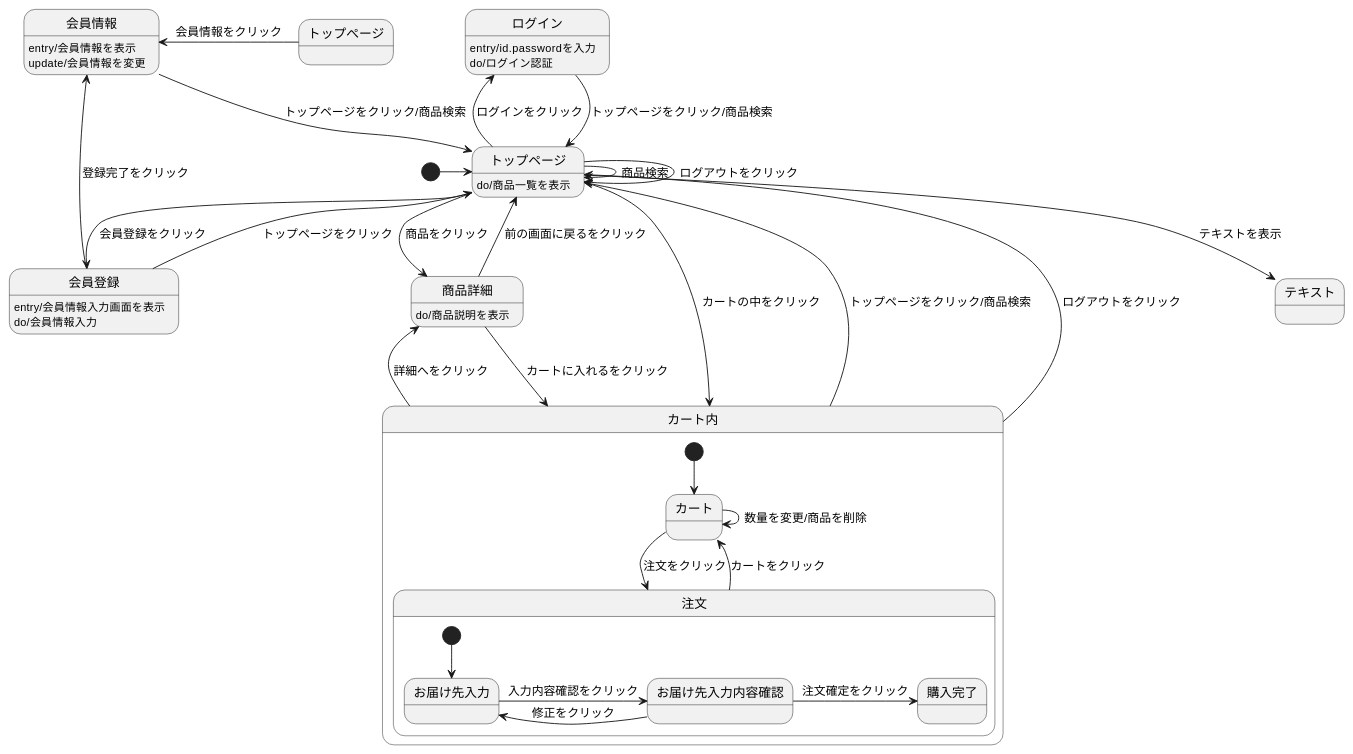
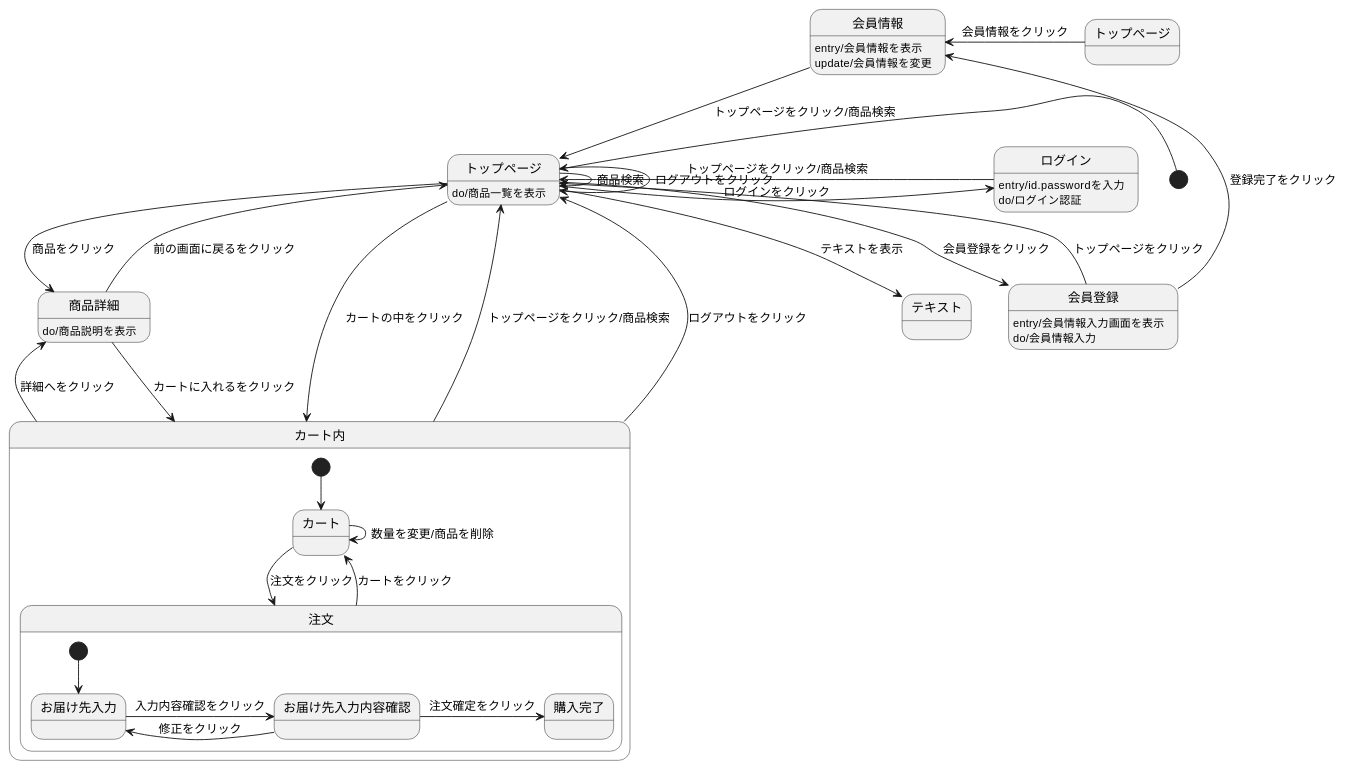
The diagram in 03_画面遷移図/画面遷移図.md (Aso2001007/System4), drawn with PlantUML before and after one commit.

````diff
--- a/03_画面遷移図/画面遷移図.md
+++ b/03_画面遷移図/画面遷移図.md
@@ -1,55 +1,55 @@
 ```uml
 
 @startuml
 [*] -> トップページ 
 
 会員登録 -left-> トップページ : トップページをクリック
 会員登録 -left-> 会員情報 :登録完了をクリック
 会員登録 :entry/会員情報入力画面を表示
 会員登録 :do/会員情報入力
 
 会員情報 --> トップページ : トップページをクリック/商品検索 
 会員情報 : entry/会員情報を表示
 会員情報 : update/会員情報を変更
 
-ログイン --> トップページ : トップページをクリック/商品検索 
+ログイン -right-> トップページ : トップページをクリック/商品検索 
 ログイン : entry/id.passwordを入力 
 ログイン : do/ログイン認証 
 
 トップページ --> 会員登録 : 会員登録をクリック
 
 トップページ --> トップページ : ログアウトをクリック 
 トップページ -> トップページ : 商品検索 
 トップページ -> 商品詳細 : 商品をクリック 
 トップぺージ -left-> 会員情報 : 会員情報をクリック 
 トップページ -left-> ログイン : ログインをクリック 
 トップページ --> カート内 : カートの中をクリック 
 トップページ --> テキスト : テキストを表示
 トップページ : do/商品一覧を表示 
 
 商品詳細 --> カート内 : カートに入れるをクリック 
 商品詳細 --> トップページ : 前の画面に戻るをクリック 
 商品詳細 : do/商品説明を表示
 
  
 
 カート内 -up-> トップページ : トップページをクリック/商品検索 
 カート内 -up-> トップページ : ログアウトをクリック 
 カート内 -> 商品詳細 : 詳細へをクリック 
 
 state カート内 { 
   [*] --> カート 
   カート -> 注文 : 注文をクリック 
   カート -> カート : 数量を変更/商品を削除 
   注文 --> カート : カートをクリック 
 
   state 注文 { 
     [*] --> お届け先入力 
     お届け先入力 -> お届け先入力内容確認 : 入力内容確認をクリック 
     お届け先入力内容確認 -> お届け先入力 : 修正をクリック 
     お届け先入力内容確認 -> 購入完了 : 注文確定をクリック 
   } 
 }
 @enduml
 
 ```
````
